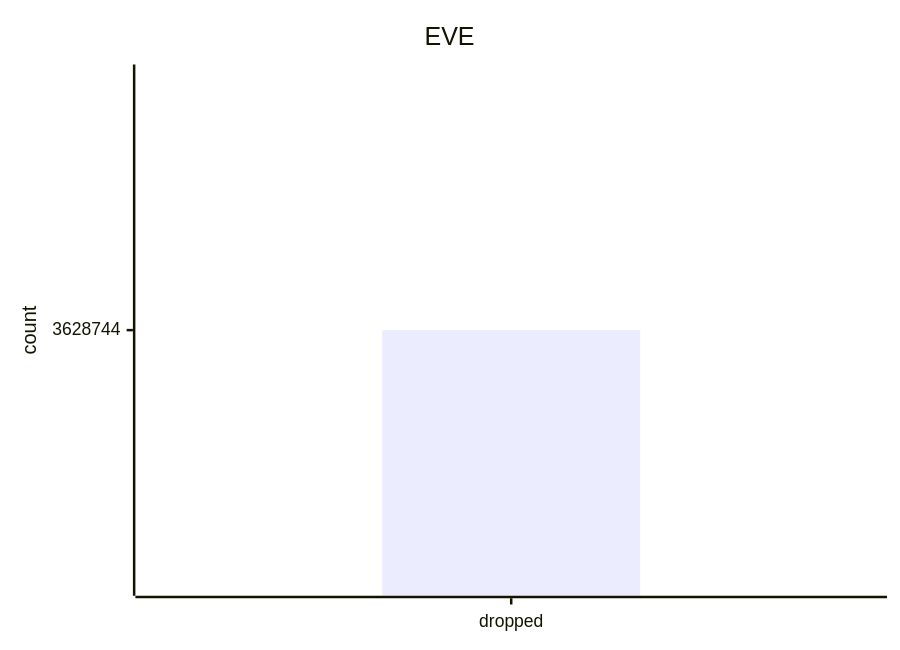
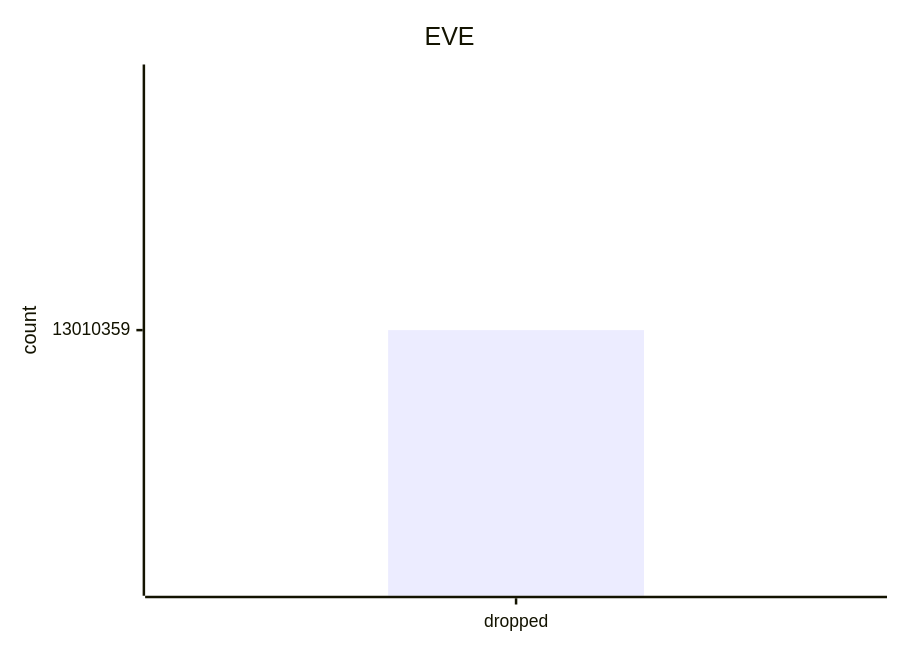
The second of 10 diagrams in benchmark/live-report.md (jrengmusic/eve), drawn with Mermaid before and after one commit. The commit also changed other lines of this file and 28 other files, not shown here.

````diff
--- a/benchmark/live-report.md
+++ b/benchmark/live-report.md
@@ -1673,7 +1677,7 @@
 ```mermaid
 xychart-beta
 title "EVE"
 x-axis ["dropped"]
 y-axis "count"
-bar [3628744.00000000000000000]
+bar [13010359.00000000000000000]
 ```
````
